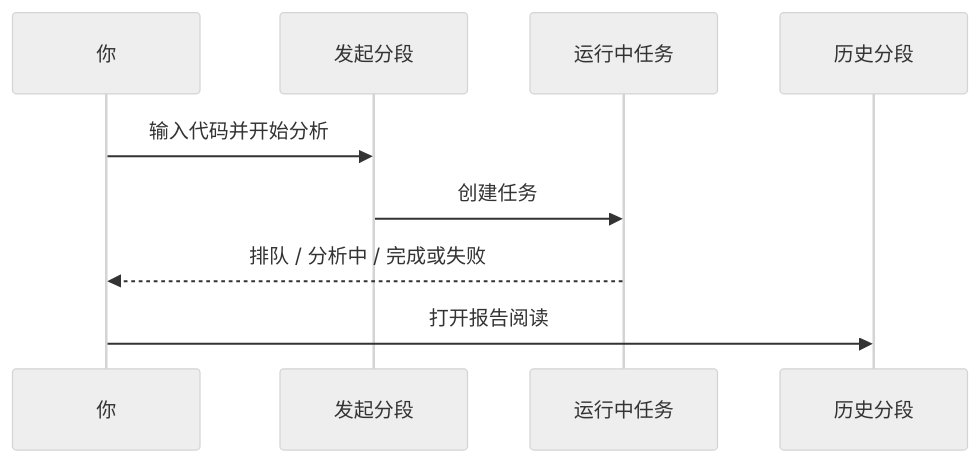
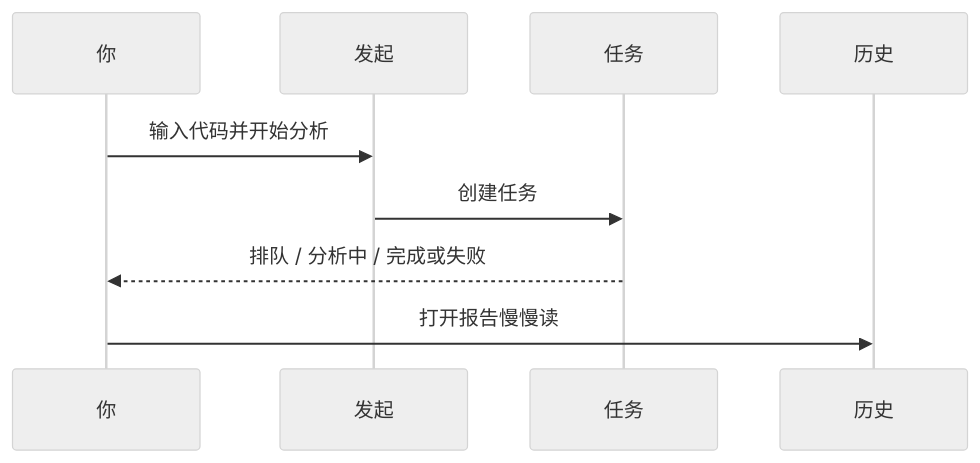
One commit to SiinXu/stock-pulse-ai changed the diagram in docs/ui-manual/03-analysis-workbench.md. Above: the diagram before and after it, drawn with Mermaid (neutral theme). The commit also changed other lines of this file and 18 other files, not shown here.

````diff
--- a/docs/ui-manual/03-analysis-workbench.md
+++ b/docs/ui-manual/03-analysis-workbench.md
@@ -29,11 +48,11 @@
 ```mermaid
 sequenceDiagram
-  participant U as 你
-  participant L as 发起分段
-  participant T as 运行中任务
-  participant H as 历史分段
-  U->>L: 输入代码并开始分析
-  L->>T: 创建任务
-  T-->>U: 排队 / 分析中 / 完成或失败
-  U->>H: 打开报告阅读
+  participant 你
+  participant 发起
+  participant 任务
+  participant 历史
+  你->>发起: 输入代码并开始分析
+  发起->>任务: 创建任务
+  任务-->>你: 排队 / 分析中 / 完成或失败
+  你->>历史: 打开报告慢慢读
 ```
````
